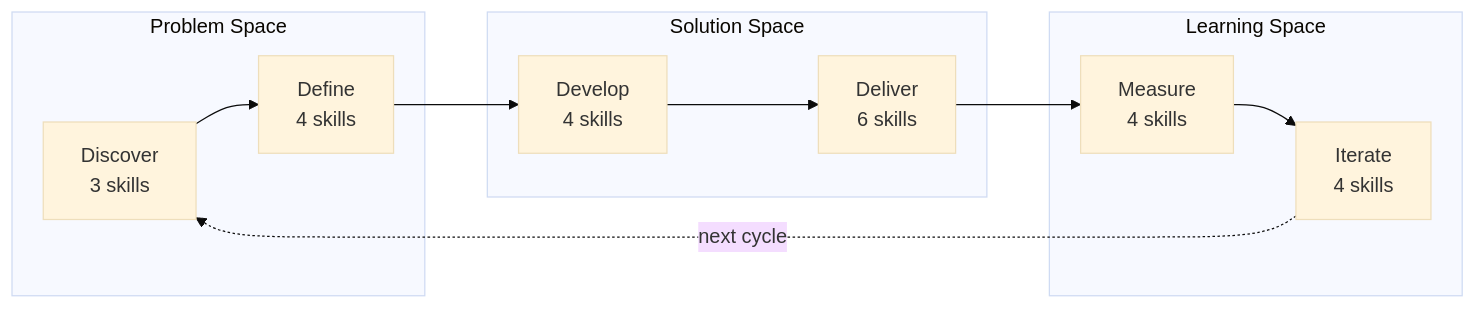
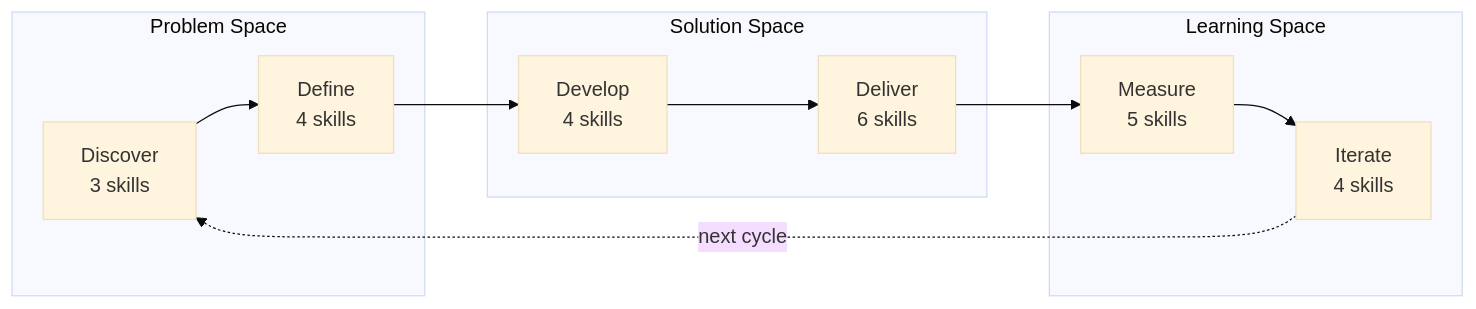
Before and after one commit to rtmendes/pm-skills: the first of 3 diagrams in docs/index.md, drawn with Mermaid (base theme). The commit also changed other lines of this file and 2 other files, not shown here.

````diff
--- a/docs/index.md
+++ b/docs/index.md
@@ -18,15 +18,15 @@
 ```mermaid
 graph LR
     subgraph "Problem Space"
         D1["Discover<br/>3 skills"] --> D2["Define<br/>4 skills"]
     end
     subgraph "Solution Space"
         D3["Develop<br/>4 skills"] --> D4["Deliver<br/>6 skills"]
     end
     subgraph "Learning Space"
-        D5["Measure<br/>4 skills"] --> D6["Iterate<br/>4 skills"]
+        D5["Measure<br/>5 skills"] --> D6["Iterate<br/>4 skills"]
     end
     D2 --> D3
     D4 --> D5
     D6 -.->|"next cycle"| D1
 ```
````
